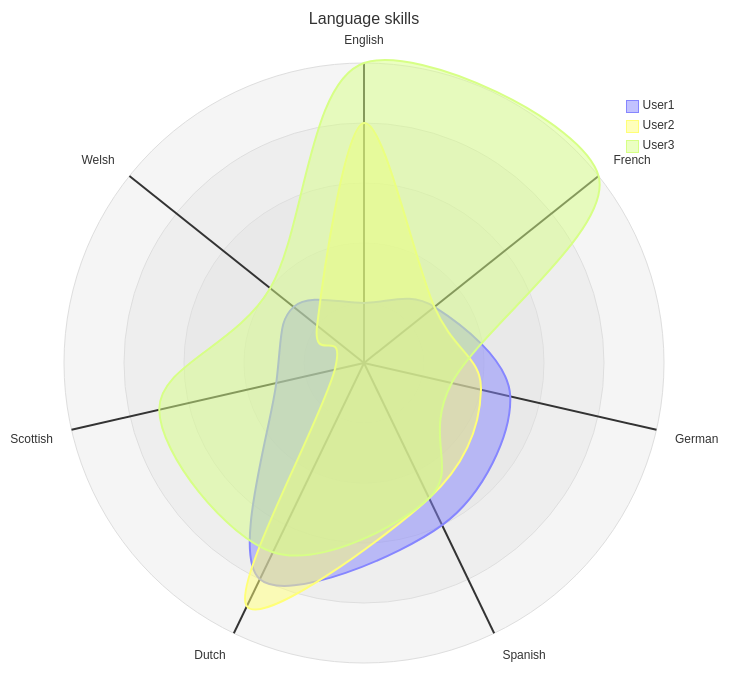
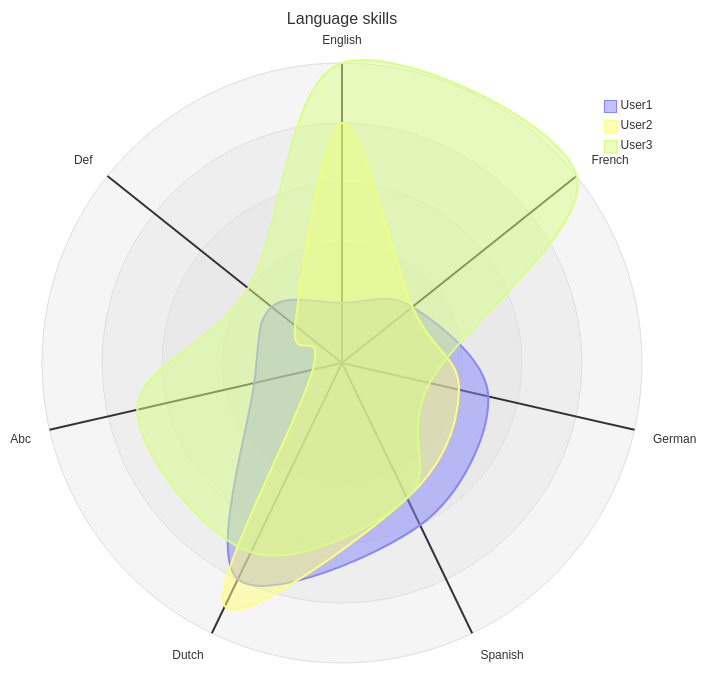
Diagram 21 of 21 in readme.md (JakeSteam/Mermaid), drawn with Mermaid before and after one commit. The commit also changed other lines of this file, not shown here.

````diff
--- a/readme.md
+++ b/readme.md
@@ -632,8 +632,8 @@
 ```mermaid
 radar-beta
     title Language skills
-    axis English, French, German, Spanish, Dutch, Scottish, Welsh
+    axis English, French, German, Spanish, Dutch, Abc, Def
     curve a["User1"]{20, 30, 50, 60, 80, 30, 30}
     curve b["User2"]{80, 30, 40, 50, 90, 10, 20}
     curve c["User3"]{100, 100, 30, 50, 70, 70, 40}
 ```
````
